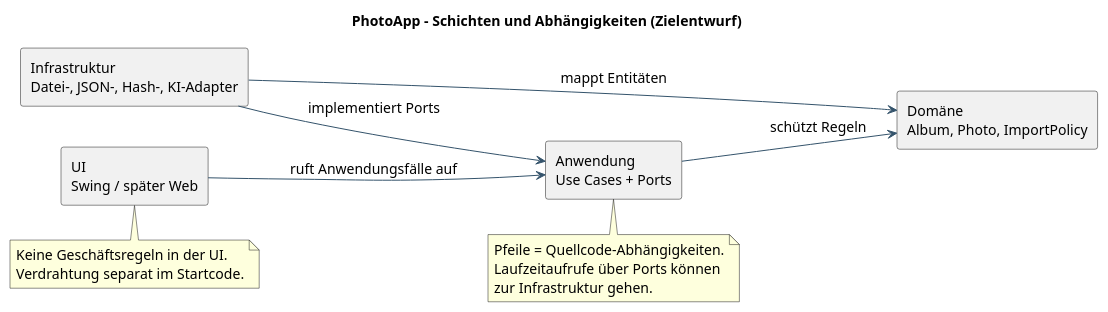
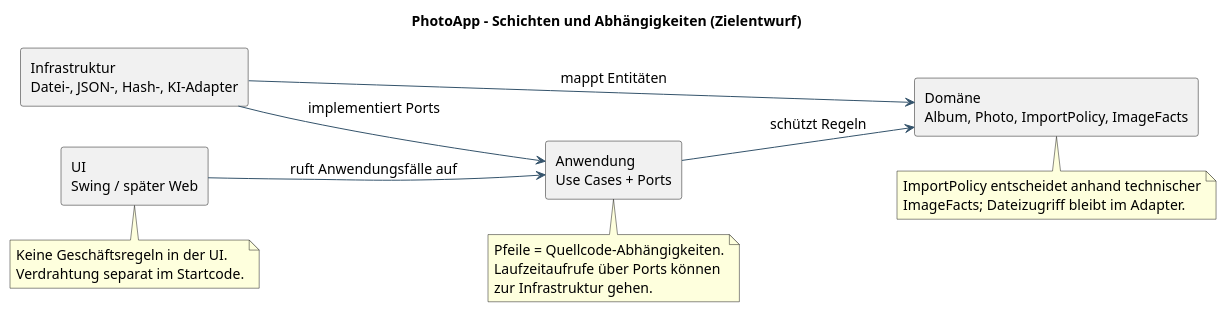
One commit to ichessebaeume1/PhotoApp changed the diagram in docs/design/architektur.puml. Above: the diagram before and after it, drawn with PlantUML. The commit also changed 13 other files, not shown here.

```diff
--- a/docs/design/architektur.puml
+++ b/docs/design/architektur.puml
@@ -1,30 +1,34 @@
 @startuml
 skinparam backgroundColor white
 skinparam shadowing false
 skinparam defaultFontName SansSerif
 skinparam defaultFontSize 14
 skinparam classAttributeIconSize 0
 skinparam packageStyle rectangle
 skinparam ArrowColor #34536B
 skinparam classBackgroundColor #F1F6FA
 skinparam classBorderColor #34536B
 title PhotoApp – Schichten und Abhängigkeiten (Zielentwurf)
 left to right direction
 rectangle "UI\nSwing / später Web" as ui
 rectangle "Anwendung\nUse Cases + Ports" as app
-rectangle "Domäne\nAlbum, Photo, ImportPolicy" as dom
+rectangle "Domäne\nAlbum, Photo, ImportPolicy, ImageFacts" as dom
 rectangle "Infrastruktur\nDatei-, JSON-, Hash-, KI-Adapter" as infra
 ui --> app : ruft Anwendungsfälle auf
 app --> dom : schützt Regeln
 infra --> app : implementiert Ports
 infra --> dom : mappt Entitäten
 note bottom of app
 Pfeile = Quellcode-Abhängigkeiten.
 Laufzeitaufrufe über Ports können
 zur Infrastruktur gehen.
 end note
 note bottom of ui
 Keine Geschäftsregeln in der UI.
 Verdrahtung separat im Startcode.
 end note
+note bottom of dom
+ImportPolicy entscheidet anhand technischer
+ImageFacts; Dateizugriff bleibt im Adapter.
+end note
 @enduml
```
